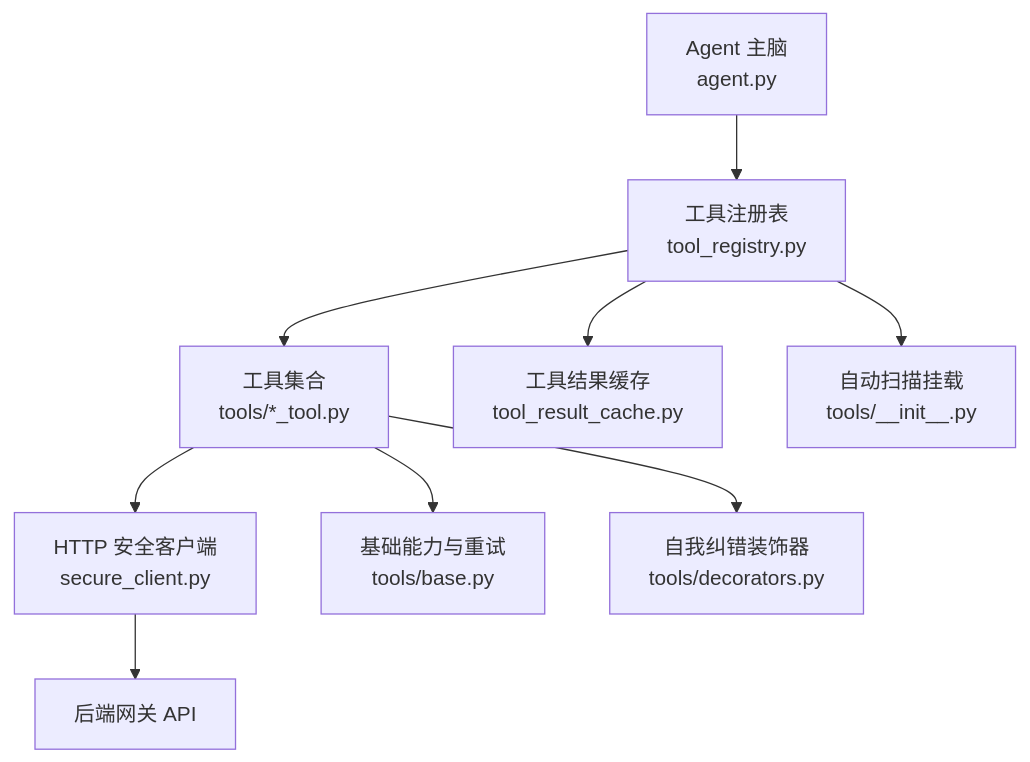
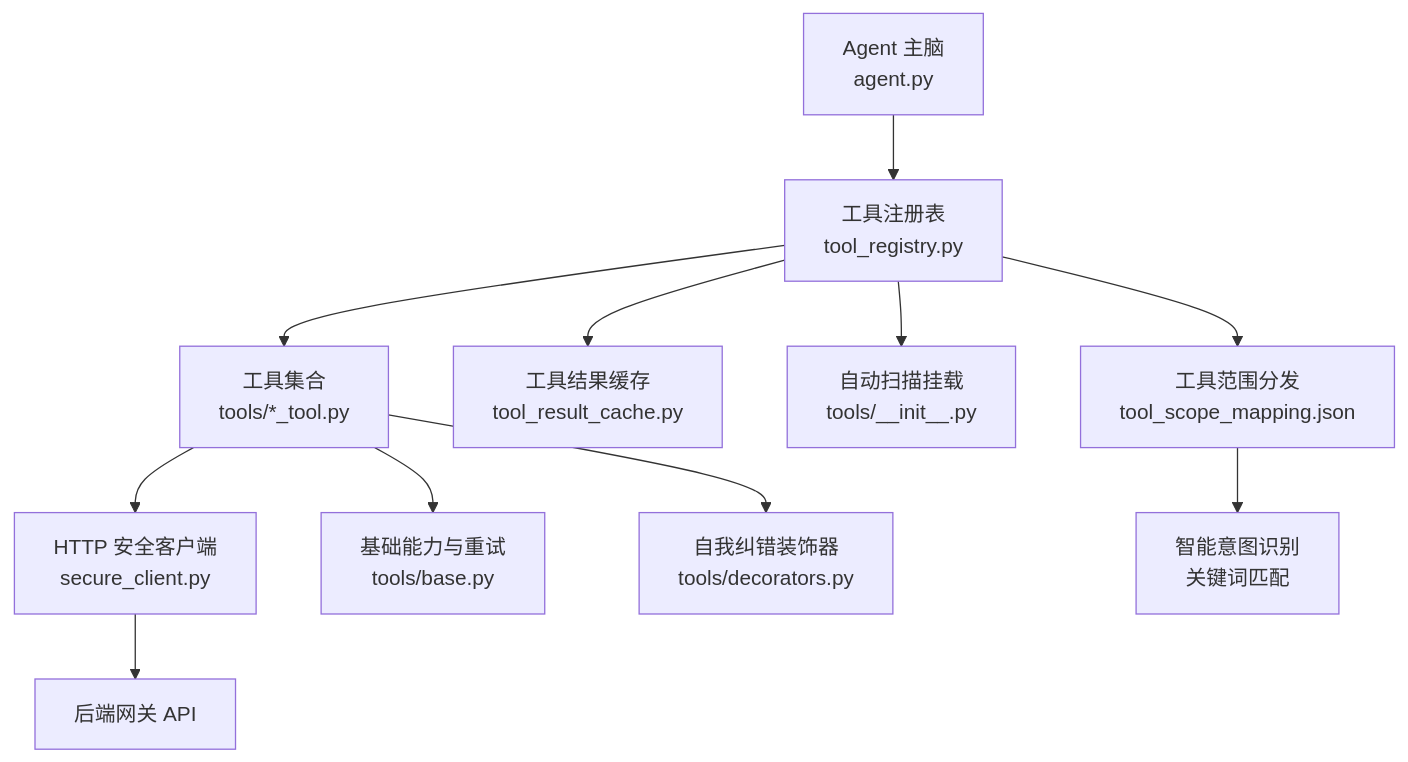
The first of 12 diagrams in .qoder/repowiki/zh/content/AI智能代理系统/工具链集成系统/工具链集成系统.md (songlinhe5-lab/quant_agent), drawn with Mermaid before and after one commit. The commit also changed other lines of this file and 296 other files, not shown here.

````diff
--- a/.qoder/repowiki/zh/content/AI智能代理系统/工具链集成系统/工具链集成系统.md
+++ b/.qoder/repowiki/zh/content/AI智能代理系统/工具链集成系统/工具链集成系统.md
@@ -46,11 +59,13 @@
 ```mermaid
 graph TB
 A["Agent 主脑<br/>agent.py"] --> B["工具注册表<br/>tool_registry.py"]
 B --> C["工具集合<br/>tools/*_tool.py"]
 C --> D["HTTP 安全客户端<br/>secure_client.py"]
 D --> E["后端网关 API"]
 B --> F["工具结果缓存<br/>tool_result_cache.py"]
 C --> G["基础能力与重试<br/>tools/base.py"]
 C --> H["自我纠错装饰器<br/>tools/decorators.py"]
 B --> I["自动扫描挂载<br/>tools/__init__.py"]
+B --> J["工具范围分发<br/>tool_scope_mapping.json"]
+J --> K["智能意图识别<br/>关键词匹配"]
 ```
````
